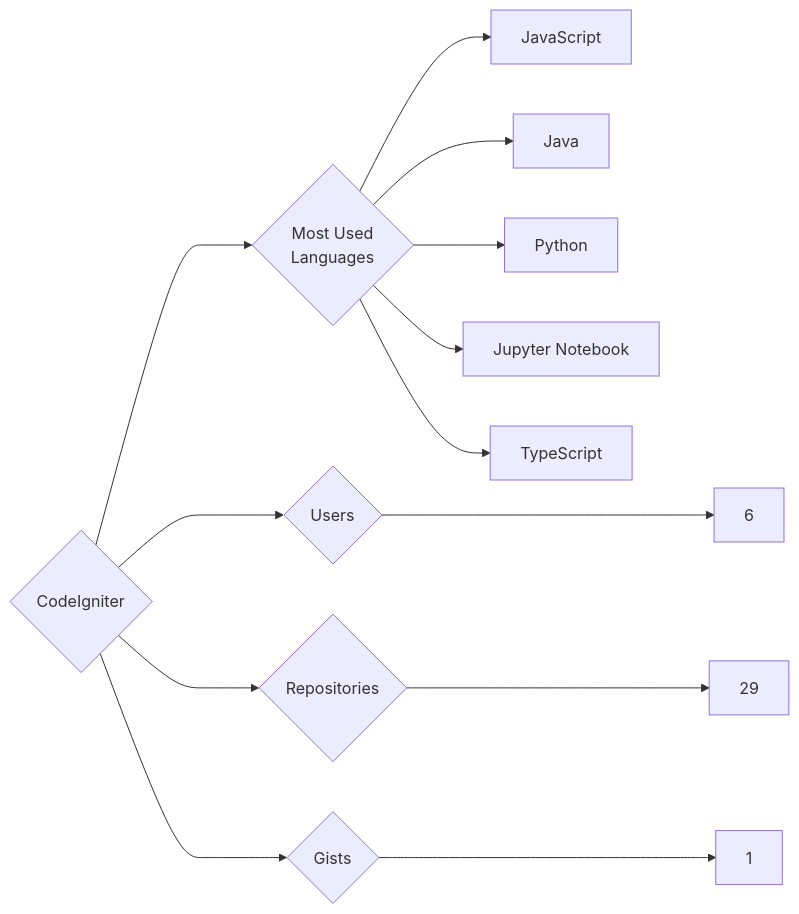
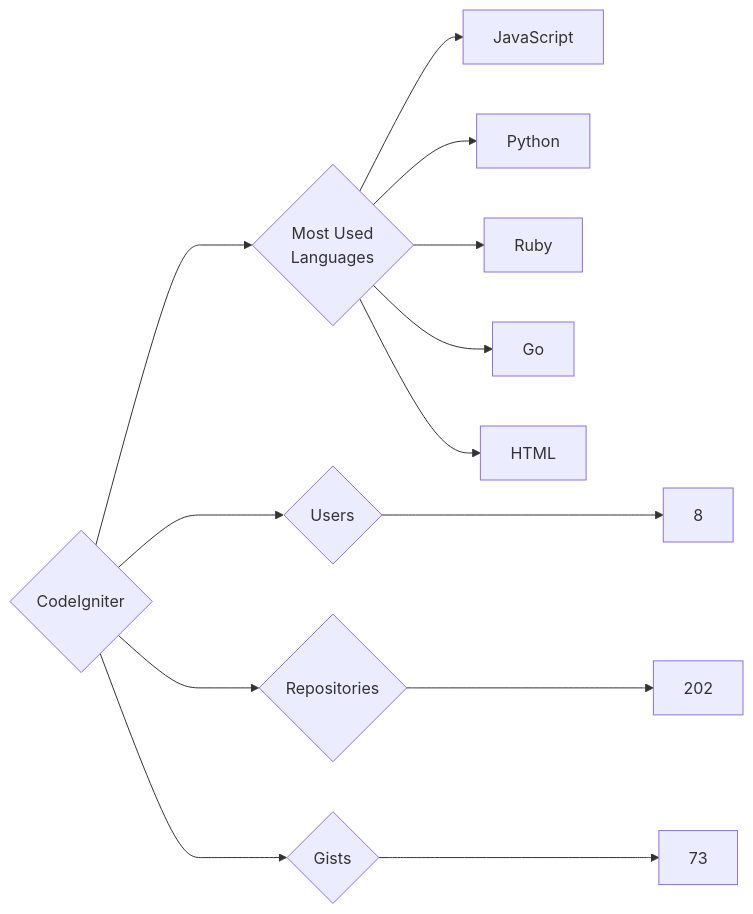
One commit to trickest/insiders changed the diagram in targets/CodeIgniter/README.md. Above: the diagram before and after it, drawn with Mermaid. The commit also changed 1149 other files, not shown here.

````diff
--- a/targets/CodeIgniter/README.md
+++ b/targets/CodeIgniter/README.md
@@ -3,13 +3,13 @@
 ```mermaid
 graph LR
 COMPANY_NAME{CodeIgniter}
-COMPANY_NAME ---> U{Users} ---> UN[6]
-COMPANY_NAME ---> R{Repositories} ---> RN[29]
-COMPANY_NAME ---> G{Gists} ---> GN[1]
+COMPANY_NAME ---> U{Users} ---> UN[8]
+COMPANY_NAME ---> R{Repositories} ---> RN[202]
+COMPANY_NAME ---> G{Gists} ---> GN[73]
 COMPANY_NAME ---> ML{Most Used<br>Languages}
 ML --> JavaScript[JavaScript]
-ML --> Java[Java]
 ML --> Python[Python]
-ML --> Jupyter_Notebook[Jupyter Notebook]
-ML --> TypeScript[TypeScript]
+ML --> Ruby[Ruby]
+ML --> Go[Go]
+ML --> HTML[HTML]
 ```
````
